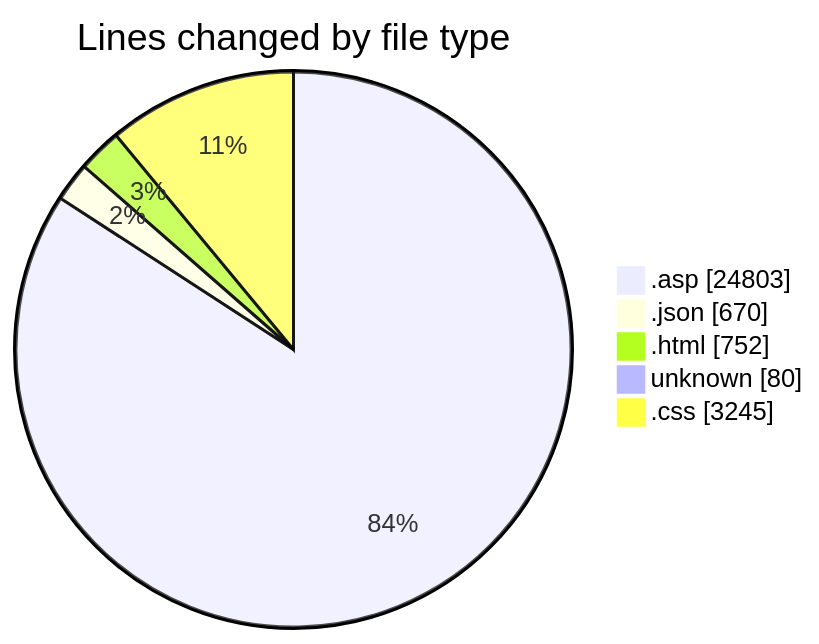
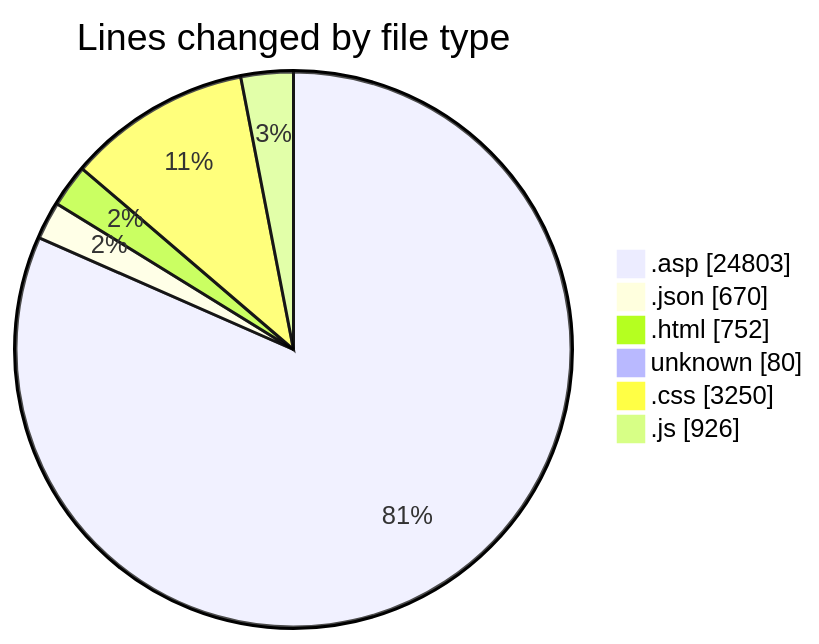
The first of 2 diagrams in 2025-11-01/cdp_aleoudev_fr__workspace_/README.md (julien-gomy/code-tracking), drawn with Mermaid before and after one commit. The commit also changed other lines of this file and 1 other file, not shown here.

````diff
--- a/2025-11-01/cdp_aleoudev_fr__workspace_/README.md
+++ b/2025-11-01/cdp_aleoudev_fr__workspace_/README.md
@@ -37,9 +38,10 @@
 ```mermaid
 pie showData
 title Lines changed by file type
 ".asp" : 24803
 ".json" : 670
 ".html" : 752
 "unknown" : 80
-".css" : 3245
+".css" : 3250
+".js" : 926
 ```
````
